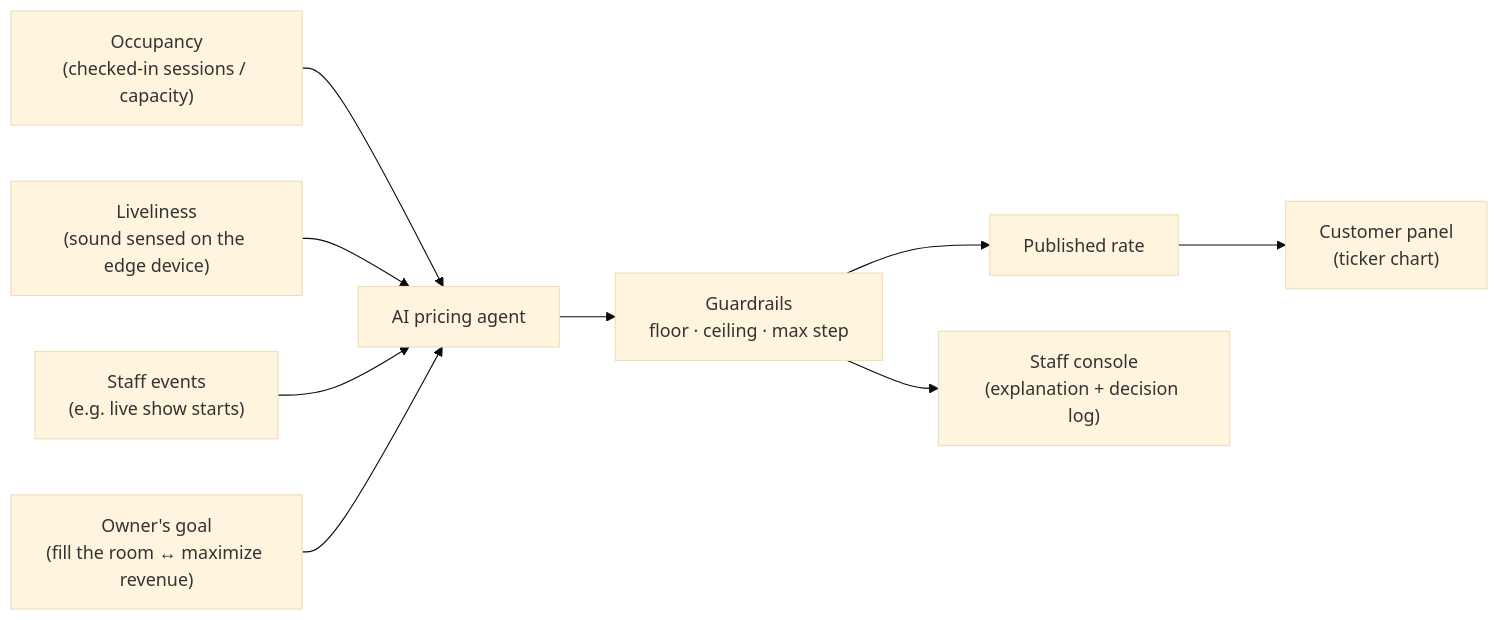
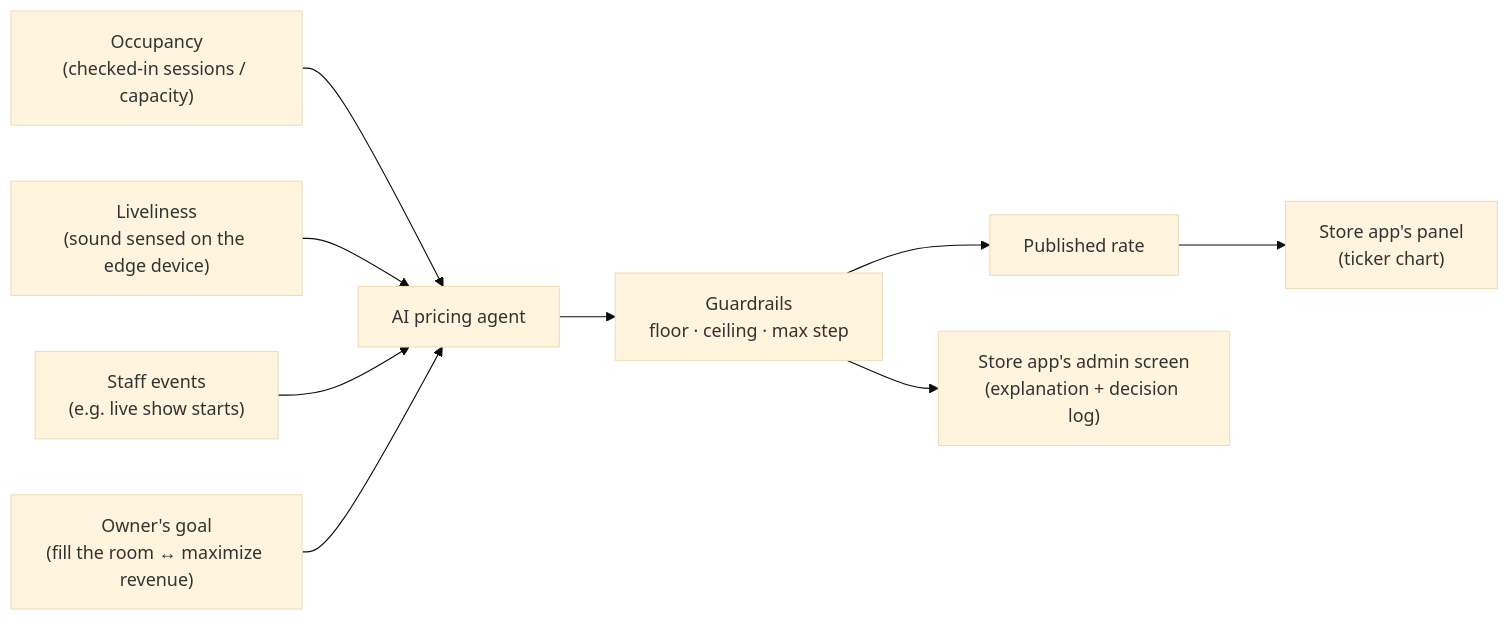
One commit to sumiredc/barpay changed the second of 4 diagrams in PRD.md. Above: the diagram before and after it, drawn with Mermaid (base theme). The commit also changed other lines of this file and 1 other file, not shown here.

````diff
--- a/PRD.md
+++ b/PRD.md
@@ -81,11 +95,11 @@
 ```mermaid
 flowchart LR
   S1["Occupancy<br/>(checked-in sessions / capacity)"] --> AI
   S2["Liveliness<br/>(sound sensed on the edge device)"] --> AI
   S4["Staff events<br/>(e.g. live show starts)"] --> AI
   Goal["Owner's goal<br/>(fill the room ↔ maximize revenue)"] --> AI
   AI["AI pricing agent"] --> G["Guardrails<br/>floor · ceiling · max step"]
   G --> P["Published rate"]
-  P --> C["Customer panel<br/>(ticker chart)"]
-  G --> D["Staff console<br/>(explanation + decision log)"]
+  P --> C["Store app's panel<br/>(ticker chart)"]
+  G --> D["Store app's admin screen<br/>(explanation + decision log)"]
 ```
````
